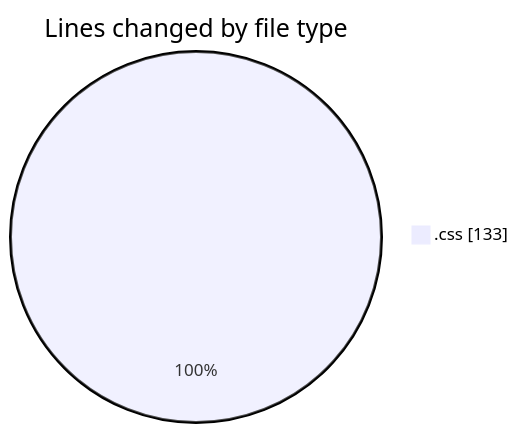
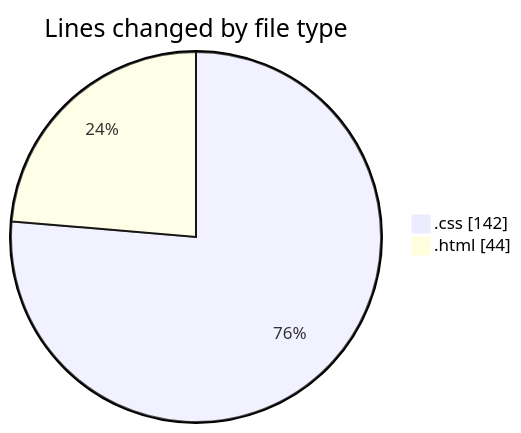
One commit to NitaiMahat/code-tracking changed the first of 2 diagrams in 2025-01-26/results-summary-component-main/README.md. Above: the diagram before and after it, drawn with Mermaid. The commit also changed other lines of this file and 1 other file, not shown here.

````diff
--- a/2025-01-26/results-summary-component-main/README.md
+++ b/2025-01-26/results-summary-component-main/README.md
@@ -20,5 +21,6 @@
 ```mermaid
 pie showData
 title Lines changed by file type
-".css" : 133
+".css" : 142
+".html" : 44
 ```
````
